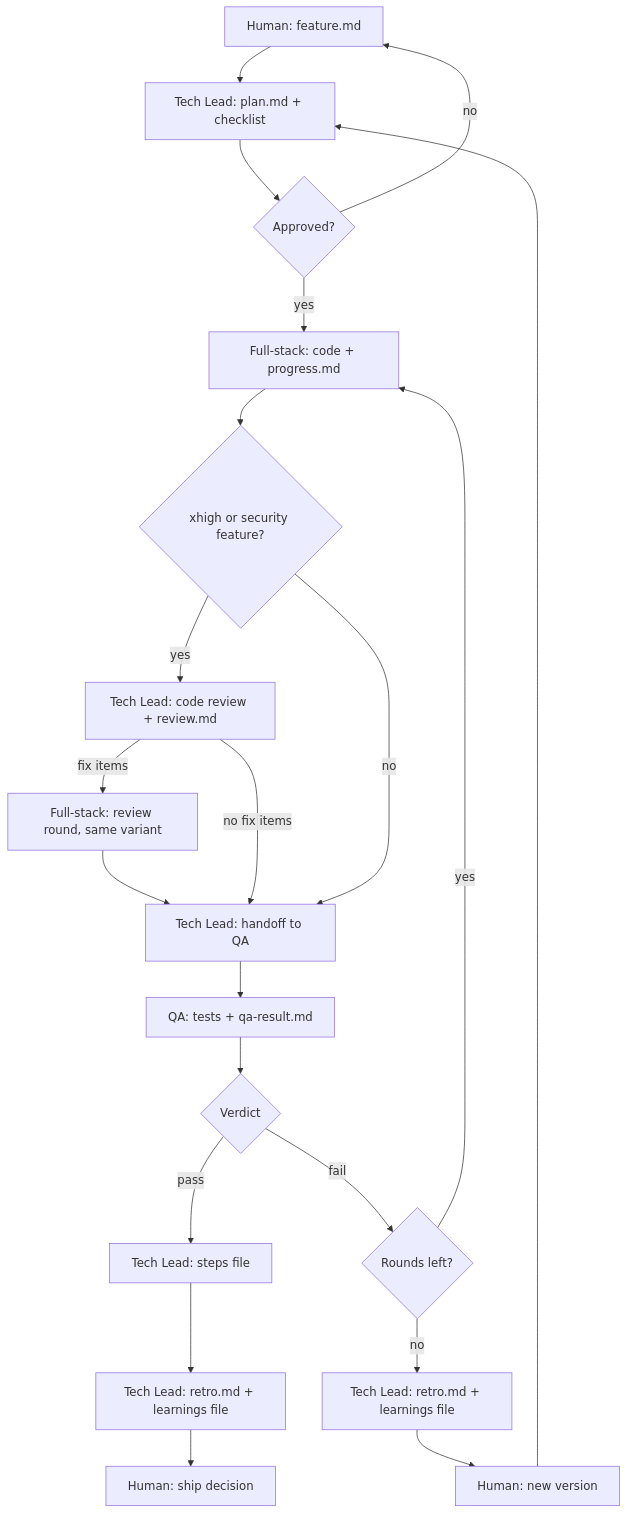
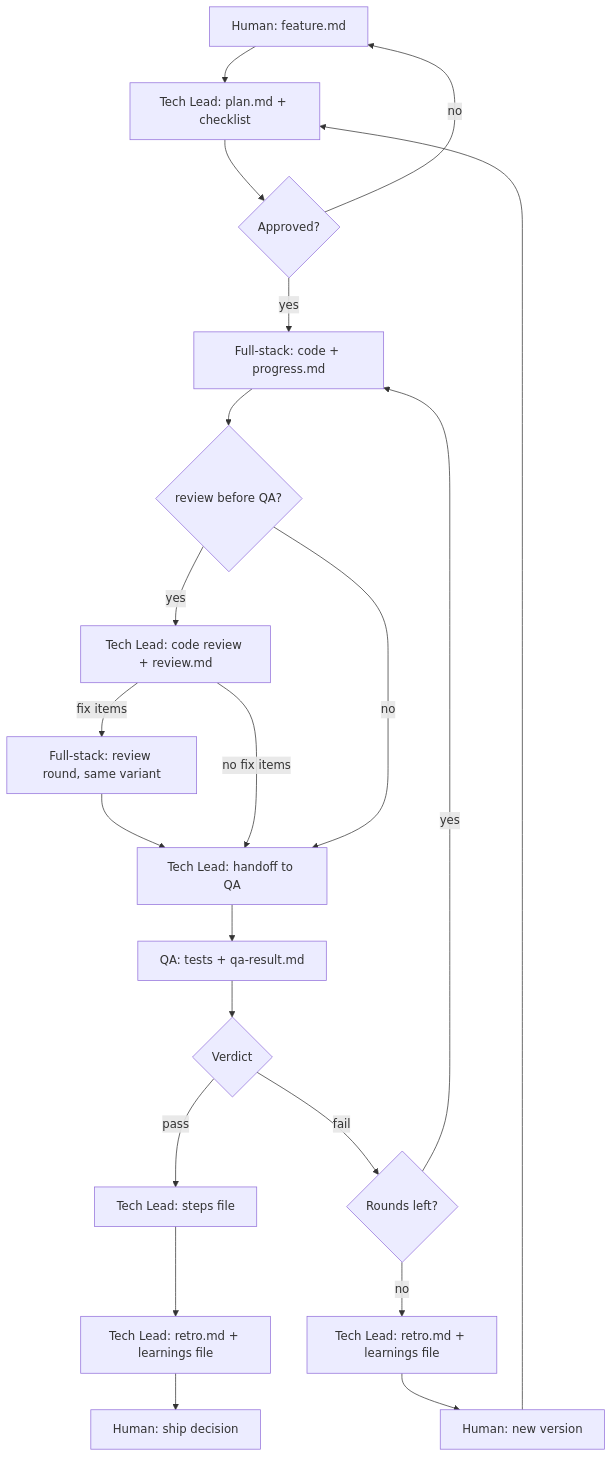
Before and after one commit to Antarsoft/morphness: the diagram in template/harness/SETUP.md, drawn with Mermaid. The commit also changed other lines of this file and 7 other files, not shown here.

````diff
--- a/template/harness/SETUP.md
+++ b/template/harness/SETUP.md
@@ -166,23 +166,23 @@
 ```mermaid
 flowchart TD
   H[Human: feature.md] --> TL[Tech Lead: plan.md + checklist]
   TL --> A{Approved?}
   A -->|no| H
   A -->|yes| FS[Full-stack: code + progress.md]
-  FS --> CR{xhigh or security feature?}
+  FS --> CR{review before QA?}
   CR -->|yes| RV[Tech Lead: code review + review.md]
   RV -->|fix items| RR[Full-stack: review round, same variant]
   RR --> TL2[Tech Lead: handoff to QA]
   RV -->|no fix items| TL2
   CR -->|no| TL2
   TL2 --> QA[QA: tests + qa-result.md]
   QA --> V{Verdict}
   V -->|pass| VF[Tech Lead: steps file]
   VF --> RT[Tech Lead: retro.md + learnings file]
   RT --> H2[Human: ship decision]
   V -->|fail| R{Rounds left?}
   R -->|yes| FS
   R -->|no| RT2[Tech Lead: retro.md + learnings file]
   RT2 --> H3[Human: new version]
   H3 --> TL
 ```
````
